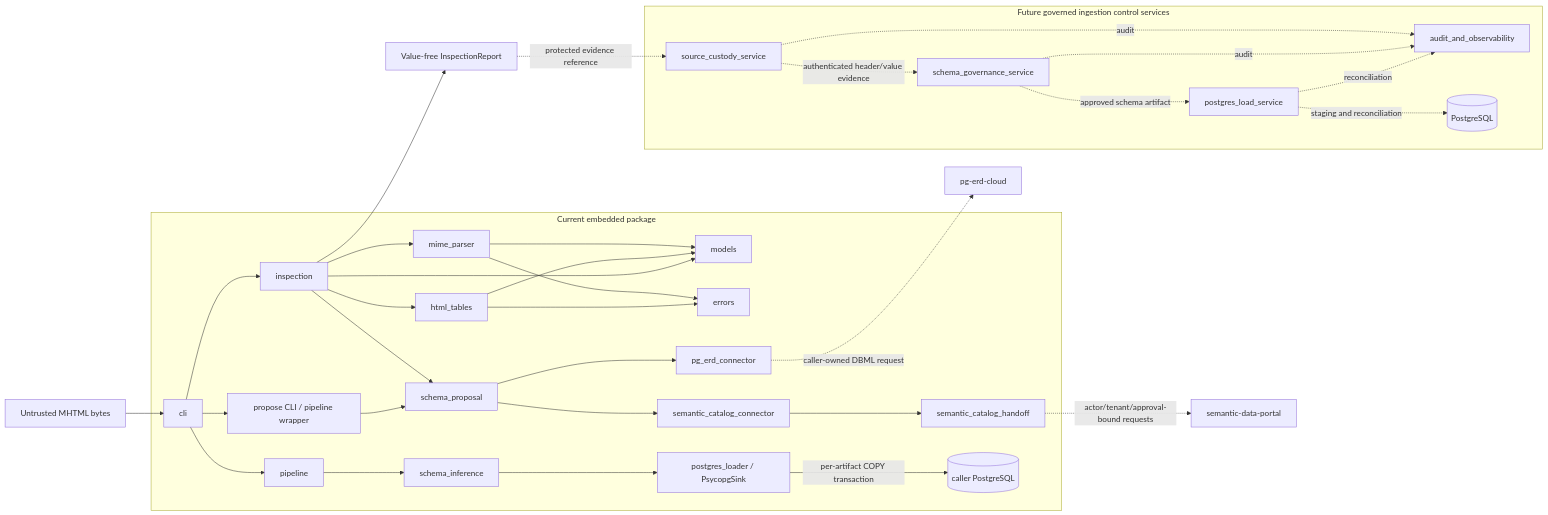
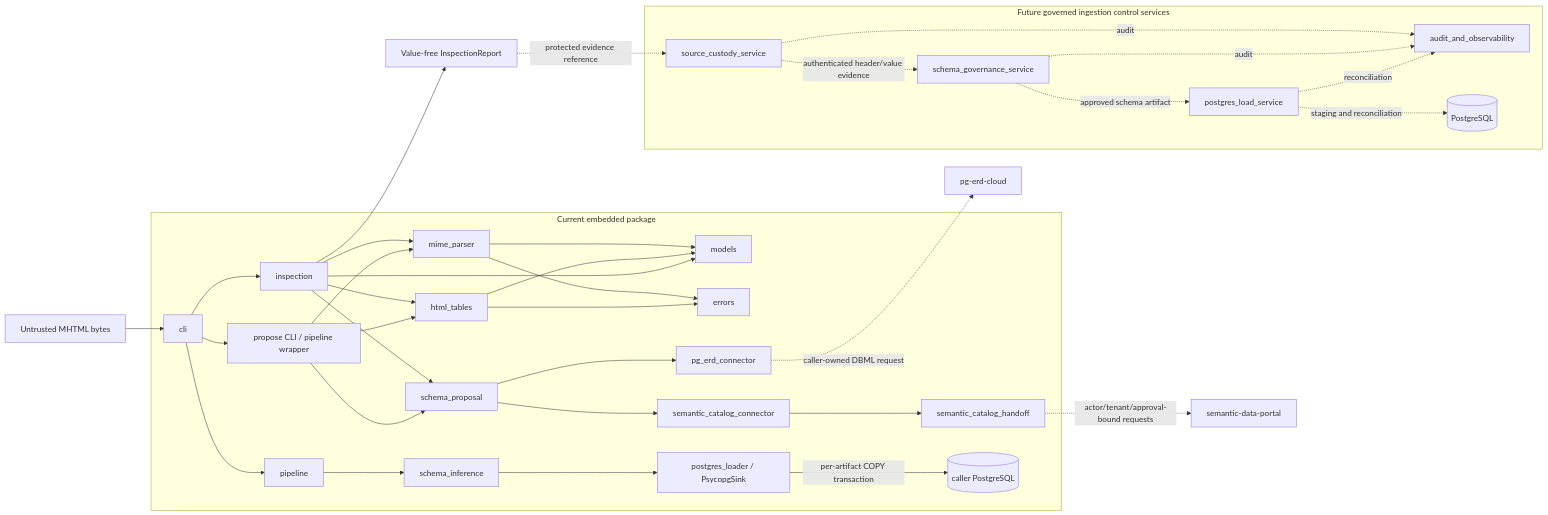
One commit to ContextualWisdomLab/mhtml-etl-gateway changed the first of 6 diagrams in docs/UML.md. Above: the diagram before and after it, drawn with Mermaid. The commit also changed 5 other files, not shown here.

Commit message:
fix: harden schema proposal review boundary

````diff
--- a/docs/UML.md
+++ b/docs/UML.md
@@ -13,59 +13,61 @@
 ```mermaid
 flowchart LR
     subgraph current[Current embedded package]
         CLI[cli]
         MOD[models]
         ERR[errors]
         MIME[mime_parser]
         HTML[html_tables]
         INS[inspection]
         CLI --> INS
         INS --> MIME
         INS --> HTML
         MIME --> MOD
         HTML --> MOD
         MIME --> ERR
         HTML --> ERR
     INS --> MOD
         PROPOSAL[schema_proposal]
         PROPOSE[propose CLI / pipeline wrapper]
         CATALOG[semantic_catalog_connector]
         HANDOFF[semantic_catalog_handoff]
         PG_ERD[pg_erd_connector]
         PIPE[pipeline]
         CURRENT_SCHEMA[schema_inference]
         LOADER[postgres_loader / PsycopgSink]
         TARGET[(caller PostgreSQL)]
         INS --> PROPOSAL
         CLI --> PROPOSE
         PROPOSE --> PROPOSAL
+        PROPOSE --> MIME
+        PROPOSE --> HTML
         PROPOSAL --> CATALOG
         CATALOG --> HANDOFF
         PROPOSAL --> PG_ERD
         CLI --> PIPE
         PIPE --> CURRENT_SCHEMA
         CURRENT_SCHEMA --> LOADER
         LOADER -->|per-artifact COPY transaction| TARGET
     end
 
     SRC[Untrusted MHTML bytes] --> CLI
     INS --> REPORT[Value-free InspectionReport]
 
     subgraph future[Future governed ingestion control services]
         CUST[source_custody_service]
         FUTURE_SCHEMA[schema_governance_service]
         LOAD[postgres_load_service]
         AUDIT[audit_and_observability]
         STORE[(PostgreSQL)]
     end
 
     REPORT -. protected evidence reference .-> CUST
     HANDOFF -. actor/tenant/approval-bound requests .-> PORTAL[semantic-data-portal]
     PG_ERD -. caller-owned DBML request .-> PG_ERD_CLOUD[pg-erd-cloud]
     CUST -. authenticated header/value evidence .-> FUTURE_SCHEMA
     FUTURE_SCHEMA -. approved schema artifact .-> LOAD
     LOAD -. staging and reconciliation .-> STORE
     CUST -. audit .-> AUDIT
     FUTURE_SCHEMA -. audit .-> AUDIT
     LOAD -. reconciliation .-> AUDIT
 ```
````
